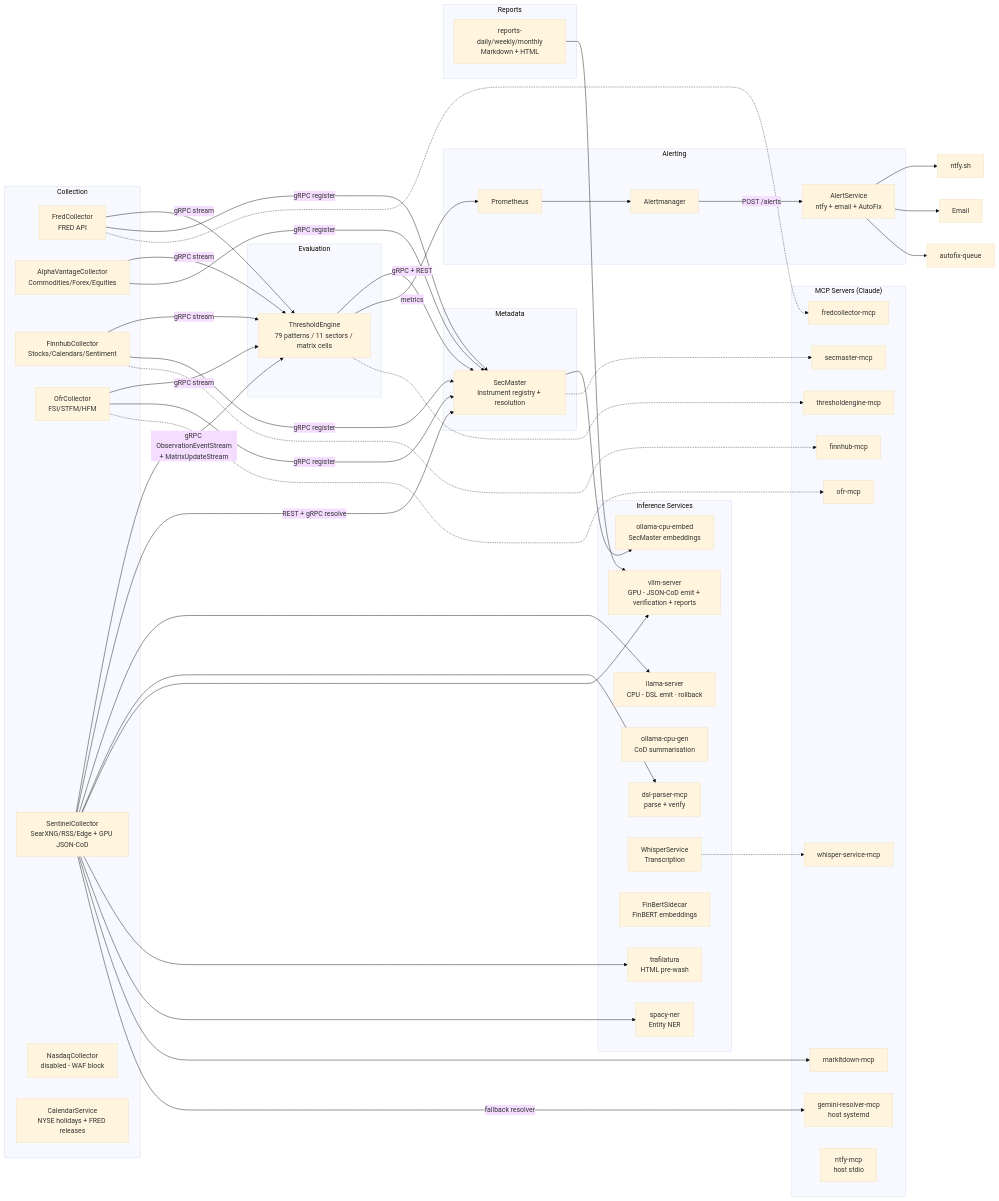
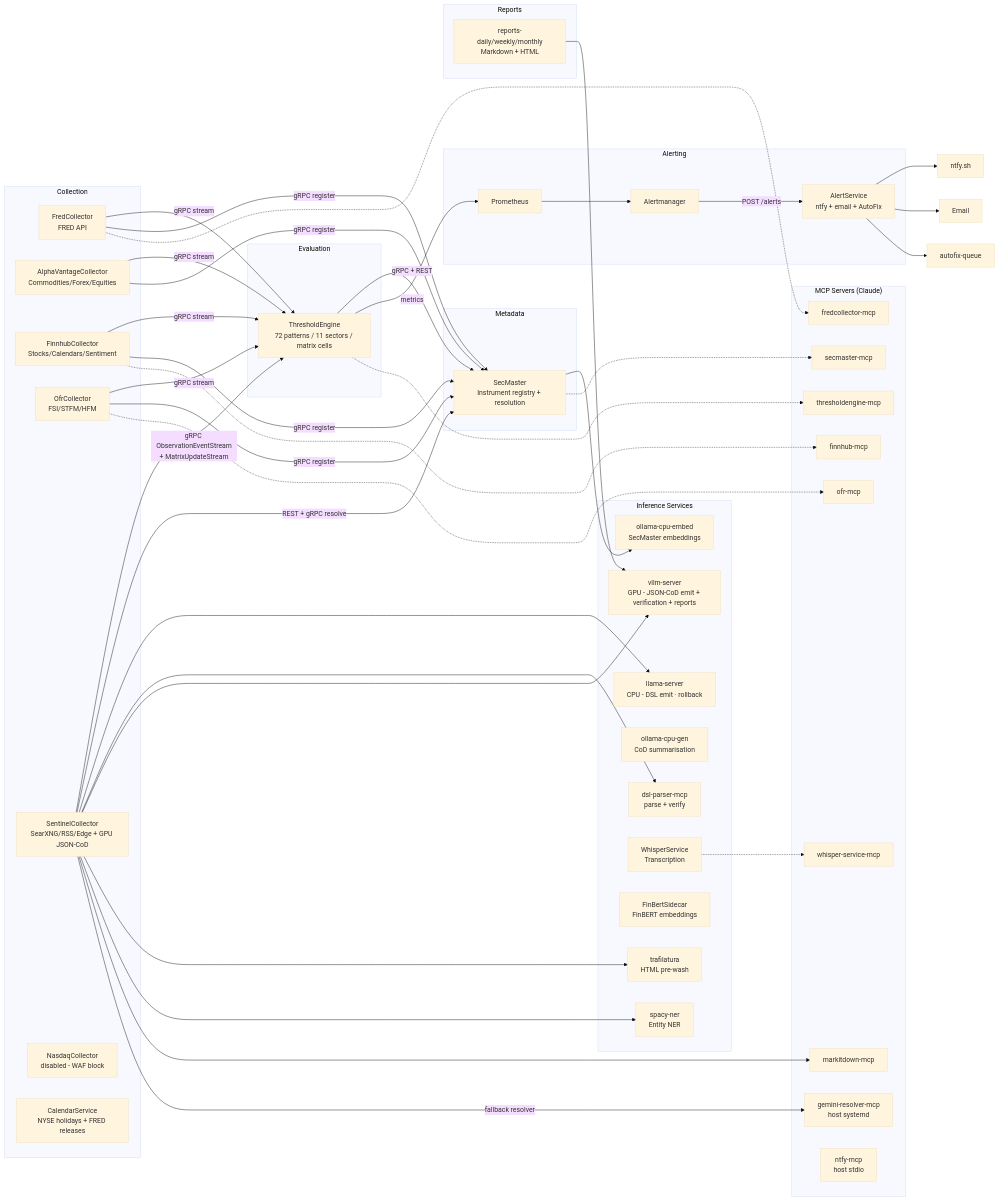
Before and after one commit to jpansarasa/ATLAS-Docs: the first of 5 diagrams in docs/ARCHITECTURE.md, drawn with Mermaid (base theme). The commit also changed other lines of this file and 119 other files, not shown here.

```diff
--- a/docs/ARCHITECTURE.md
+++ b/docs/ARCHITECTURE.md
@@ -21,7 +21,7 @@
     end
 
     subgraph Evaluation
-        TE[ThresholdEngine<br/>79 patterns / 11 sectors / matrix cells]
+        TE[ThresholdEngine<br/>72 patterns / 11 sectors / matrix cells]
     end
 
     subgraph Alerting
```
